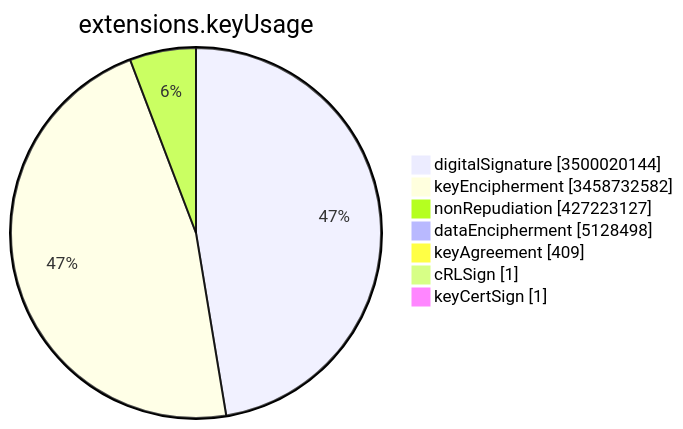
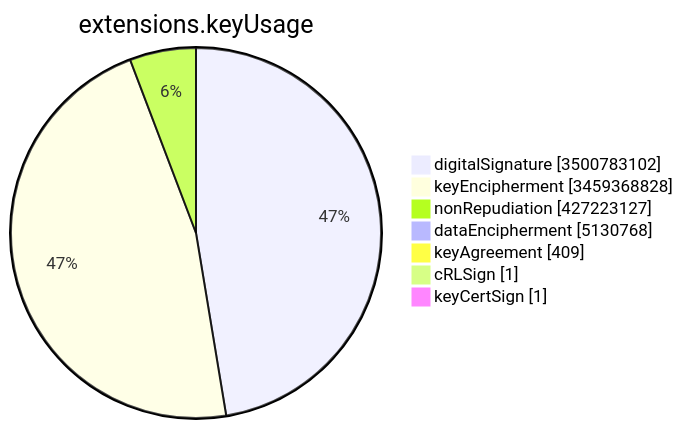
The sixth of 15 diagrams in TOTAL/README.md (christiankrug/ctmonitor_visualization), drawn with Mermaid before and after one commit. The commit also changed other lines of this file, not shown here.

````diff
--- a/TOTAL/README.md
+++ b/TOTAL/README.md
@@ -3083,11 +3083,11 @@
 ```mermaid
 pie showData
 title extensions.keyUsage
-"digitalSignature" :3500020144
-"keyEncipherment" :3458732582
+"digitalSignature" :3500783102
+"keyEncipherment" :3459368828
 "nonRepudiation" :427223127
-"dataEncipherment" :5128498
+"dataEncipherment" :5130768
 "keyAgreement" :409
 "cRLSign" :1
 "keyCertSign" :1
 ```
````
